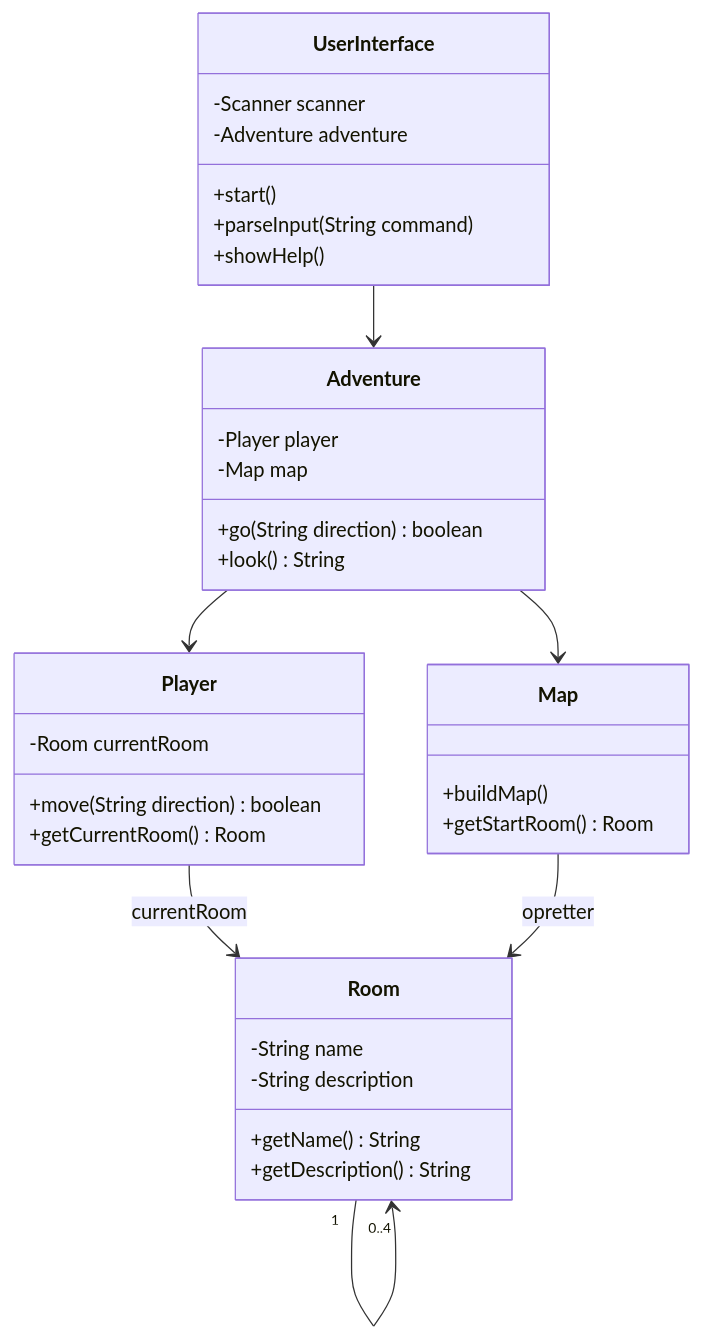
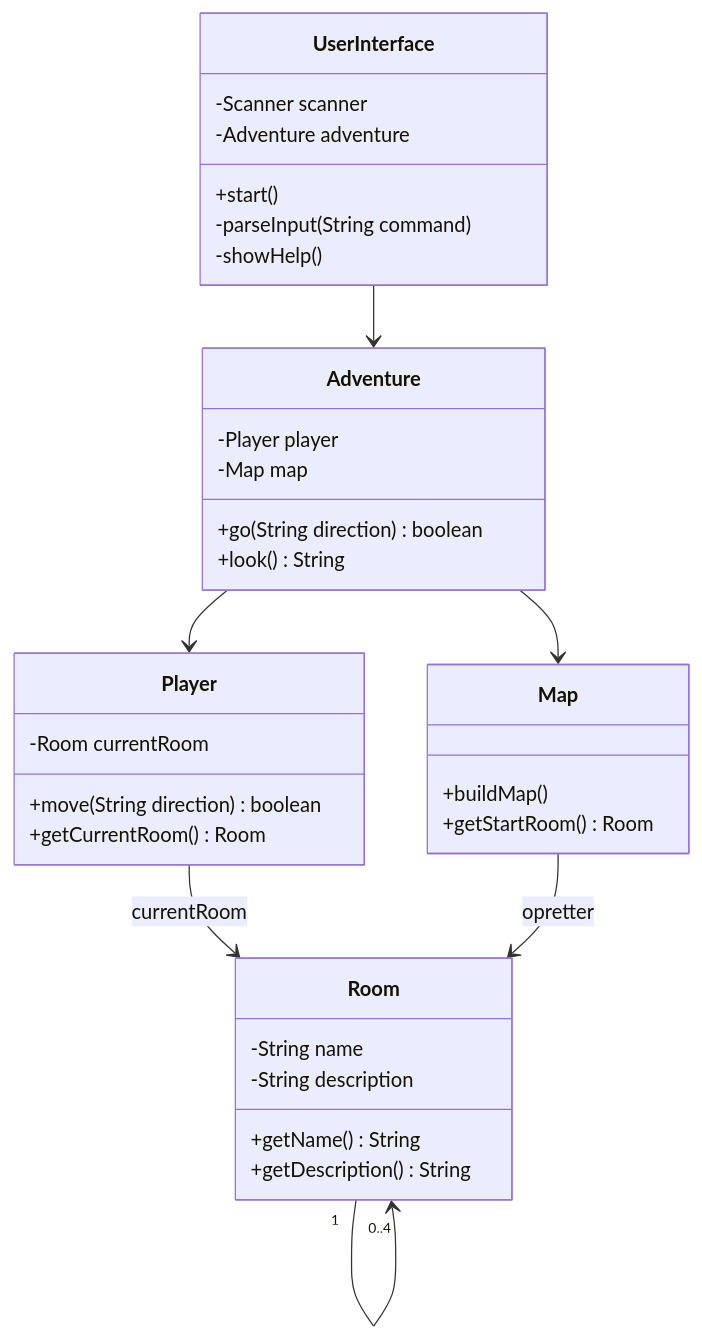
Before and after one commit to CheMical/DAT-GBG-DA-E26AB: the diagram in 39/05_fre_2026-09-25/README.md, drawn with Mermaid.

````diff
--- a/39/05_fre_2026-09-25/README.md
+++ b/39/05_fre_2026-09-25/README.md
@@ -229,38 +229,38 @@
 ```mermaid
 classDiagram
     class UserInterface {
         -Scanner scanner
         -Adventure adventure
         +start()
-        +parseInput(String command)
-        +showHelp()
+        -parseInput(String command)
+        -showHelp()
     }
     class Adventure {
         -Player player
         -Map map
         +go(String direction) boolean
         +look() String
     }
     class Map {
         +buildMap()
         +getStartRoom() Room
     }
     class Player {
         -Room currentRoom
         +move(String direction) boolean
         +getCurrentRoom() Room
     }
     class Room {
         -String name
         -String description
         +getName() String
         +getDescription() String
     }
 
     UserInterface --> Adventure
     Adventure --> Map
     Adventure --> Player
     Player --> Room : currentRoom
     Map --> Room : opretter
     Room "1" --> "0..4" Room
 ```
````
